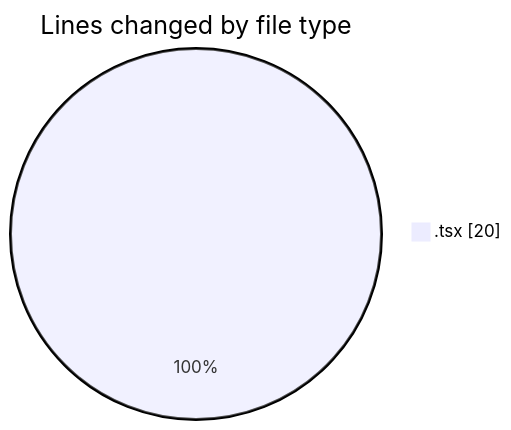
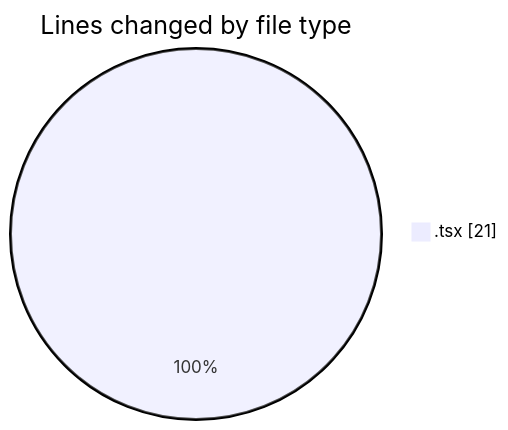
One commit to robertbonfada/code-tracking changed the first of 2 diagrams in 2025-02-19/mbc-web/README.md. Above: the diagram before and after it, drawn with Mermaid. The commit also changed other lines of this file and 1 other file, not shown here.

````diff
--- a/2025-02-19/mbc-web/README.md
+++ b/2025-02-19/mbc-web/README.md
@@ -20,5 +21,5 @@
 ```mermaid
 pie showData
 title Lines changed by file type
-".tsx" : 20
+".tsx" : 21
 ```
````
